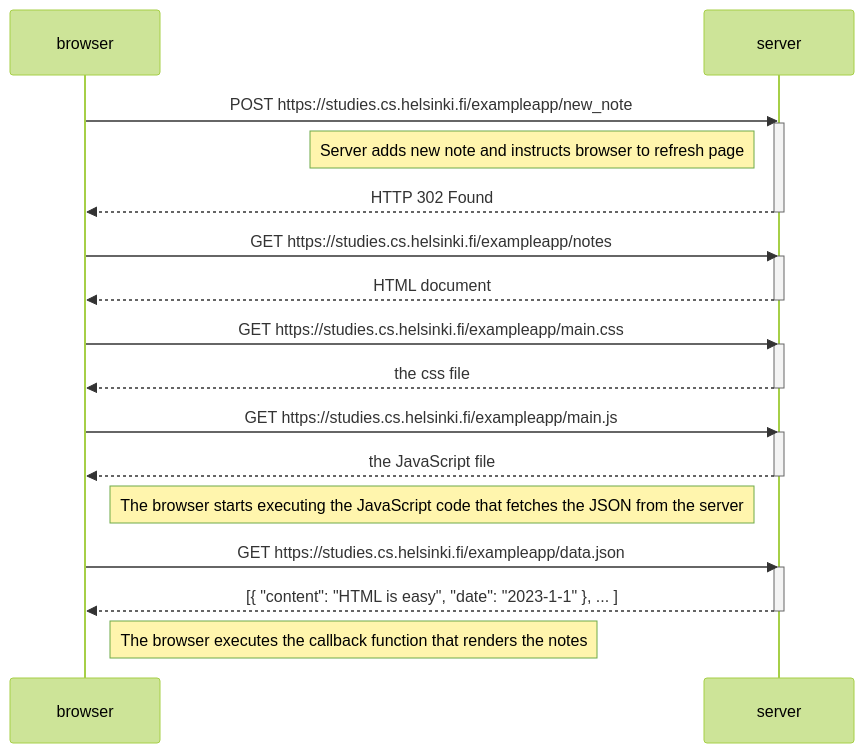
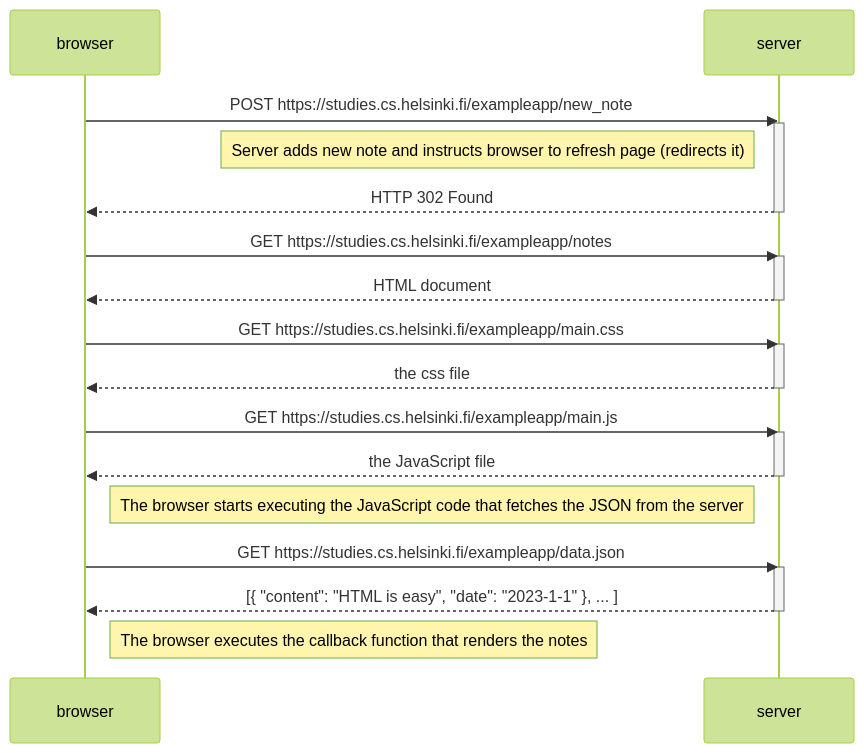
The diagram in part0/0.4-new-note-diagram.md (filmarg/full-stack-open), drawn with Mermaid (forest theme) before and after one commit.

Commit message:
Refine exercise 0.4

````diff
--- a/part0/0.4-new-note-diagram.md
+++ b/part0/0.4-new-note-diagram.md
@@ -1,35 +1,35 @@
 ```mermaid
 sequenceDiagram
     participant browser
     participant server
 
     browser->>server: POST https://studies.cs.helsinki.fi/exampleapp/new_note
     activate server
-    Note left of server: Server adds new note and instructs browser to refresh page
+    Note left of server: Server adds new note and instructs browser to refresh page (redirects it)
     server-->>browser: HTTP 302 Found
     deactivate server
 
     browser->>server: GET https://studies.cs.helsinki.fi/exampleapp/notes
     activate server
     server-->>browser: HTML document
     deactivate server
 
     browser->>server: GET https://studies.cs.helsinki.fi/exampleapp/main.css
     activate server
     server-->>browser: the css file
     deactivate server
 
     browser->>server: GET https://studies.cs.helsinki.fi/exampleapp/main.js
     activate server
     server-->>browser: the JavaScript file
     deactivate server
 
     Note right of browser: The browser starts executing the JavaScript code that fetches the JSON from the server
 
     browser->>server: GET https://studies.cs.helsinki.fi/exampleapp/data.json
     activate server
     server-->>browser: [{ "content": "HTML is easy", "date": "2023-1-1" }, ... ]
     deactivate server
 
     Note right of browser: The browser executes the callback function that renders the notes
 ```
````
